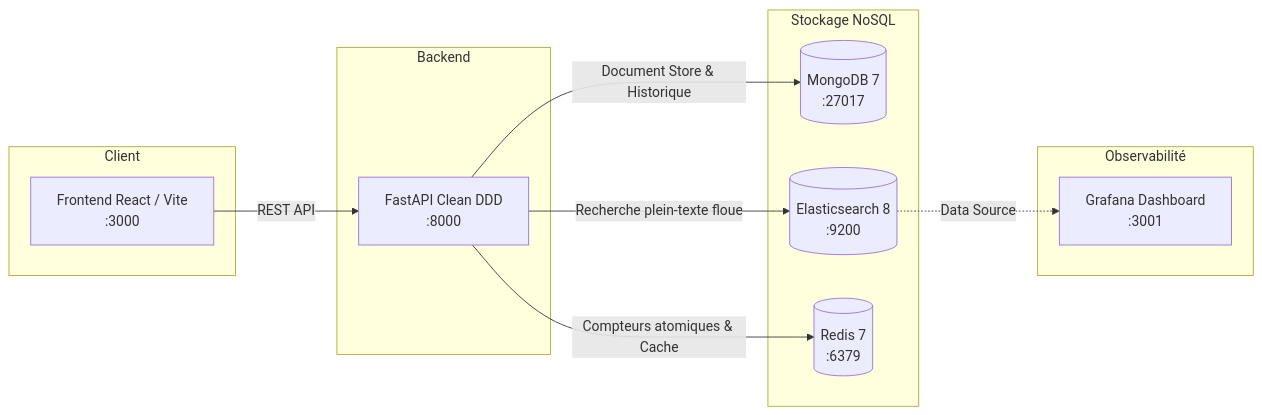
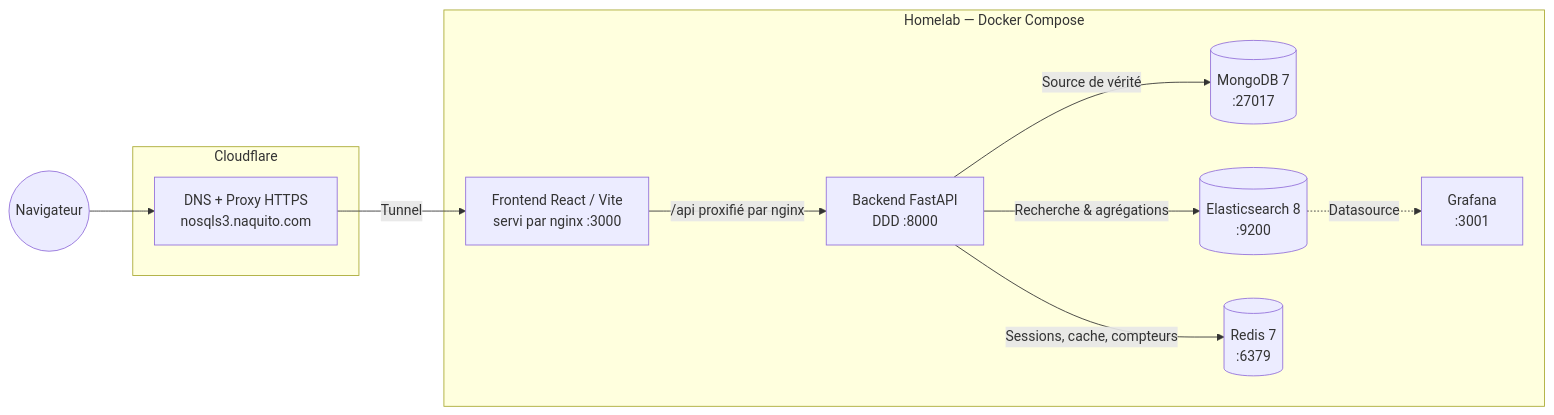
The diagram in README.md (MiasMax/PROJET_NO_SQL_ENSIIE_S3), drawn with Mermaid before and after one commit. The commit also changed other lines of this file, not shown here.

````diff
--- a/README.md
+++ b/README.md
@@ -39,26 +73,25 @@
 ```mermaid
 flowchart LR
-    subgraph Client
-        React[Frontend React / Vite<br>:3000]
+    User((Navigateur))
+
+    subgraph Cloudflare
+        CF[DNS + Proxy HTTPS<br>nosqls3.naquito.com]
     end
 
-    subgraph Backend
-        API[FastAPI Clean DDD<br>:8000]
-    end
-
-    subgraph Stockage NoSQL
+    subgraph Homelab["Homelab — Docker Compose"]
+        Front[Frontend React / Vite<br>servi par nginx :3000]
+        API[Backend FastAPI<br>DDD :8000]
         Mongo[(MongoDB 7<br>:27017)]
         ES[(Elasticsearch 8<br>:9200)]
         Redis[(Redis 7<br>:6379)]
+        Grafana[Grafana<br>:3001]
     end
 
-    subgraph Observabilité
-        Grafana[Grafana Dashboard<br>:3001]
-    end
-
-    React -->|REST API| API
-    API -->|Document Store & Historique| Mongo
-    API -->|Recherche plein-texte floue| ES
-    API -->|Compteurs atomiques & Cache| Redis
-    ES -.->|Data Source| Grafana
+    User --> CF
+    CF -->|Tunnel| Front
+    Front -->|/api proxifié par nginx| API
+    API -->|Source de vérité| Mongo
+    API -->|Recherche & agrégations| ES
+    API -->|Sessions, cache, compteurs| Redis
+    ES -.->|Datasource| Grafana
 ```
````
